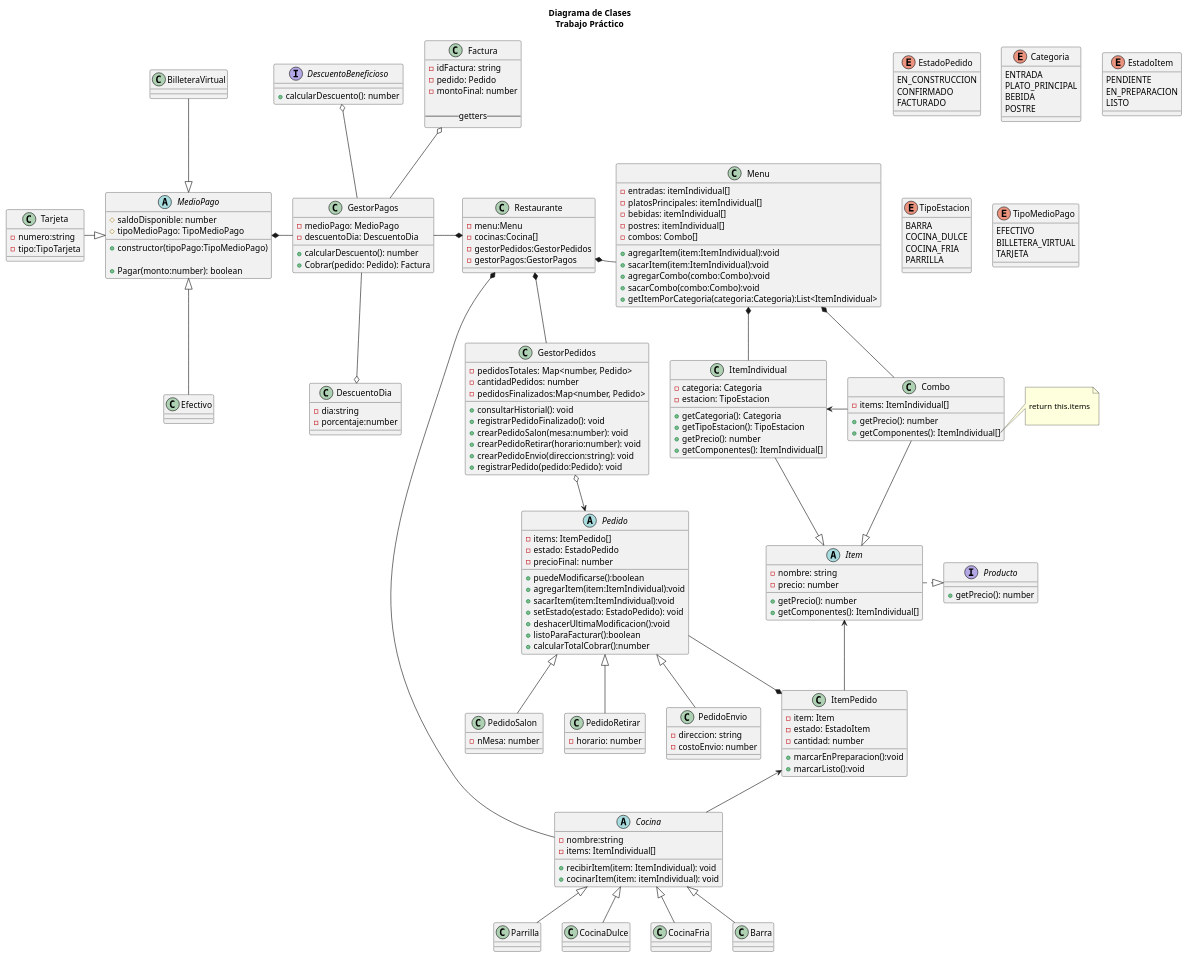
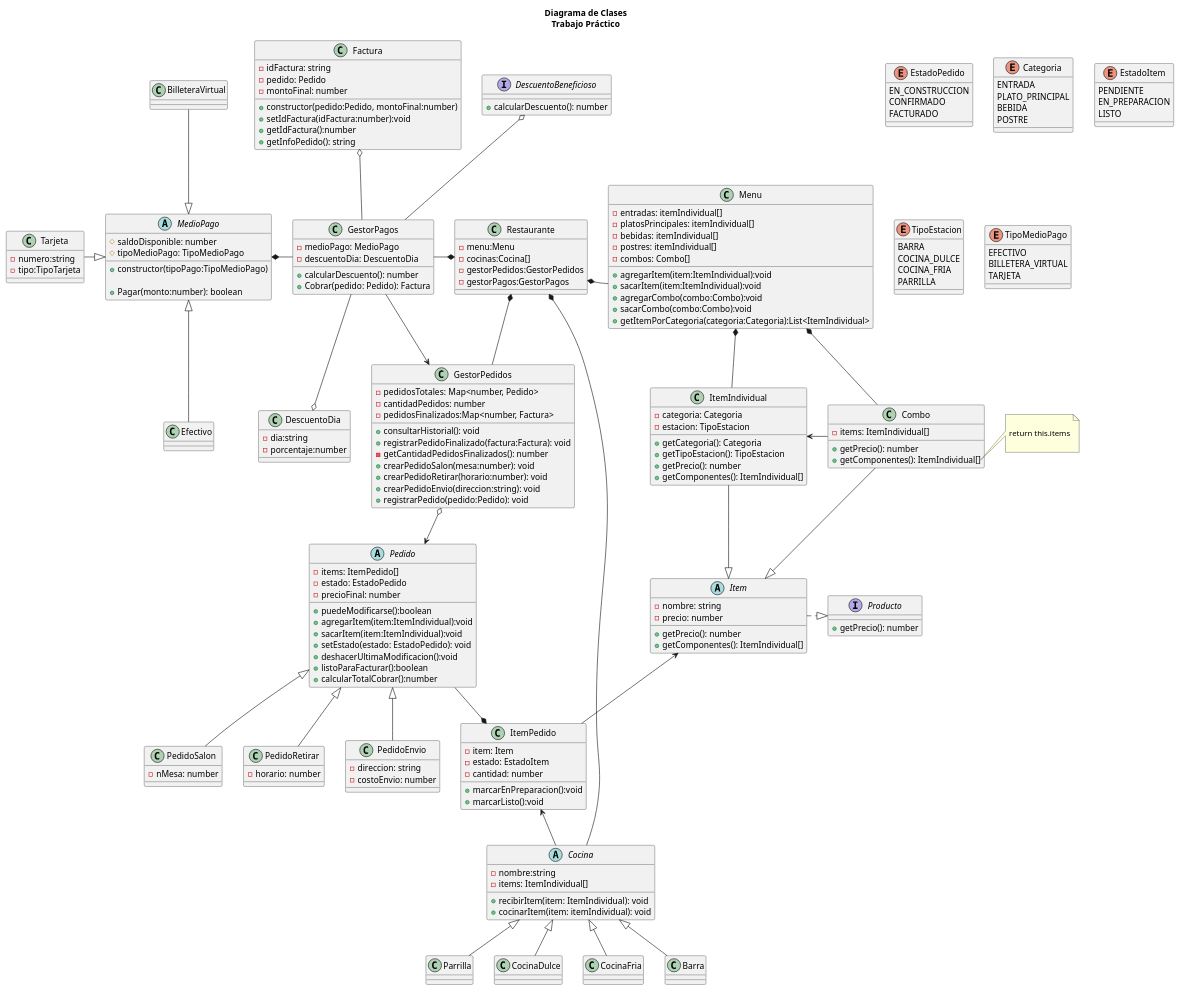
One commit to crstian8819/tp-grupo-11 changed the diagram in diagrama/diagrama.puml. Above: the diagram before and after it, drawn with PlantUML. The commit also changed 3 other files, not shown here.

Commit message:
registrarPedidosFinalizados registra Factura implementado con sus respectivos métodos. Actualizado en Diagrama

```diff
--- a/diagrama/diagrama.puml
+++ b/diagrama/diagrama.puml
@@ -167,8 +167,10 @@
         -idFactura: string
         -pedido: Pedido
         -montoFinal: number
-
-        ----getters----
+        +constructor(pedido:Pedido, montoFinal:number)
+        +setIdFactura(idFactura:number):void
+        +getIdFactura():number
+        +getInfoPedido(): string
     }
 
     '------------------- MedioPago ------------------------
@@ -200,10 +202,11 @@
     class GestorPedidos{
         -pedidosTotales: Map<number, Pedido>
         -cantidadPedidos: number
-        -pedidosFinalizados:Map<number, Pedido>
+        -pedidosFinalizados:Map<number, Factura>
 
         +consultarHistorial(): void
-        +registrarPedidoFinalizado(): void
+        +registrarPedidoFinalizado(factura:Factura): void
+        -getCantidadPedidosFinalizados(): number
         +crearPedidoSalon(mesa:number): void
         +crearPedidoRetirar(horario:number): void
         +crearPedidoEnvio(direccion:string): void
@@ -255,6 +258,7 @@
     GestorPagos --o DescuentoDia
     GestorPagos -u-o Factura
     GestorPagos -u-o DescuentoBeneficioso
+    GestorPagos --> GestorPedidos
 
 'MEDIOS DE PAGO
 
```
